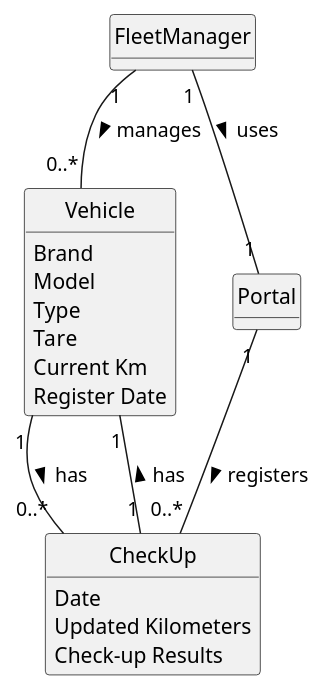
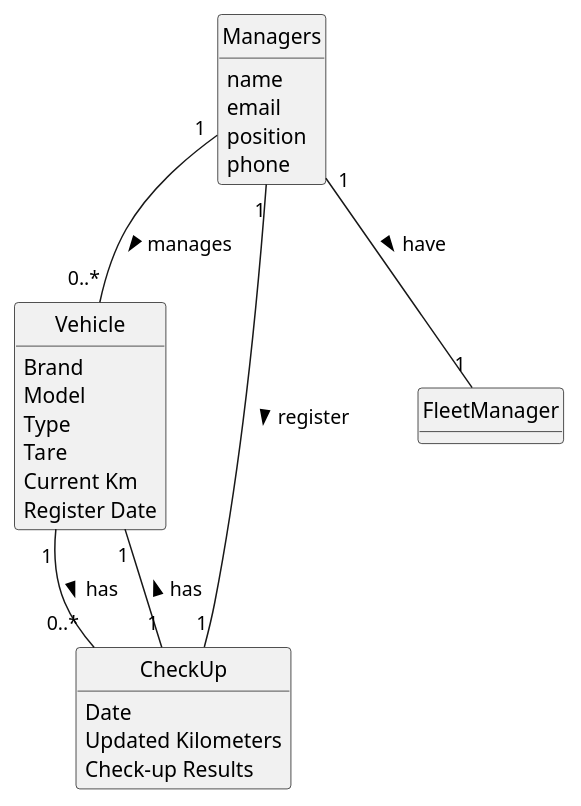
The diagram in docs/sprintA/us007/02.analysis/puml/us007-domain-model.puml (Departamento-de-Engenharia-Informatica/lei-24-s2-1df-1de-g063), drawn with PlantUML before and after one commit. The commit also changed 4 other files, not shown here.

```diff
--- a/docs/sprintA/us007/02.analysis/puml/us007-domain-model.puml
+++ b/docs/sprintA/us007/02.analysis/puml/us007-domain-model.puml
@@ -1,42 +1,45 @@
 @startuml
 skinparam monochrome true
 skinparam packageStyle rectangle
 skinparam shadowing false
 skinparam monochrome true
 skinparam packageStyle rectangle
 skinparam shadowing false
 'skinparam linetype ortho
 'left to right direction
 skinparam classAttributeIconSize 0
 hide circle
 hide methods
 
 class Vehicle {
   Brand
   Model
   Type
   Tare
   Current Km
   Register Date
 }
 
 class CheckUp {
   Date
   Updated Kilometers
   Check-up Results
 }
 
 class FleetManager {
 
 }
 
-class Portal{
-
+class Managers {
+    name
+    email
+    position
+    phone
 }
-FleetManager "1" -- "1" Portal : uses >
+Managers "1" -- "1" CheckUp : register >
+Managers "1" -- "1" FleetManager : have >
 Vehicle "1" -- "0..*" CheckUp : has >
 Vehicle "1" -- "1" CheckUp : has <
-Portal "1" -- "0..*" CheckUp : registers >
-FleetManager "1" -- "0..*" Vehicle : manages >
+Managers "1" -- "0..*" Vehicle : manages >
 
 @enduml
```
